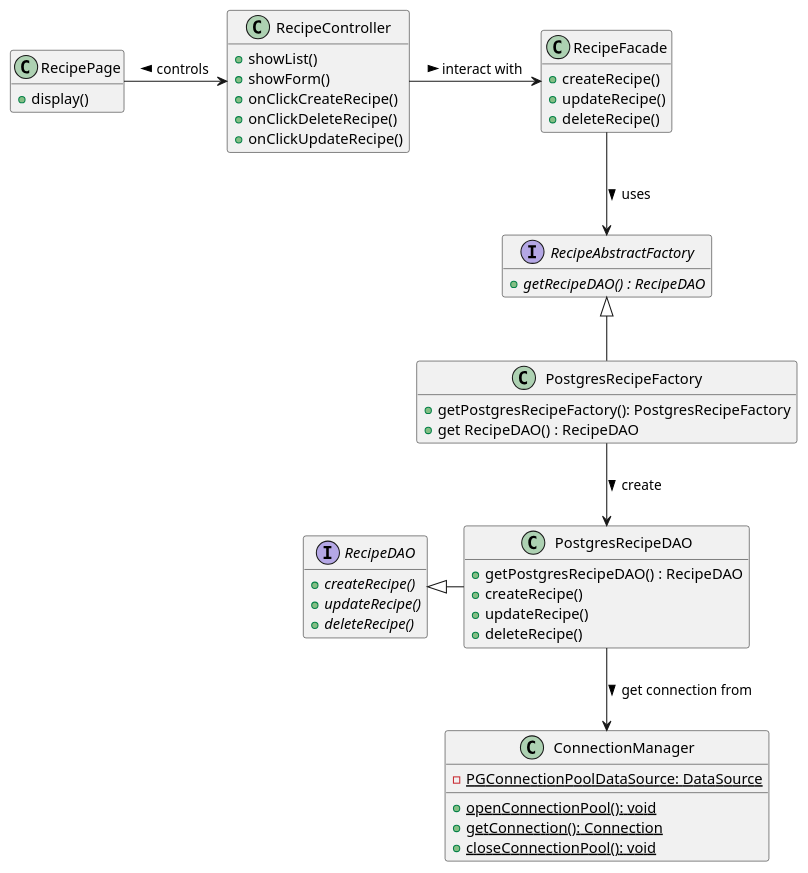
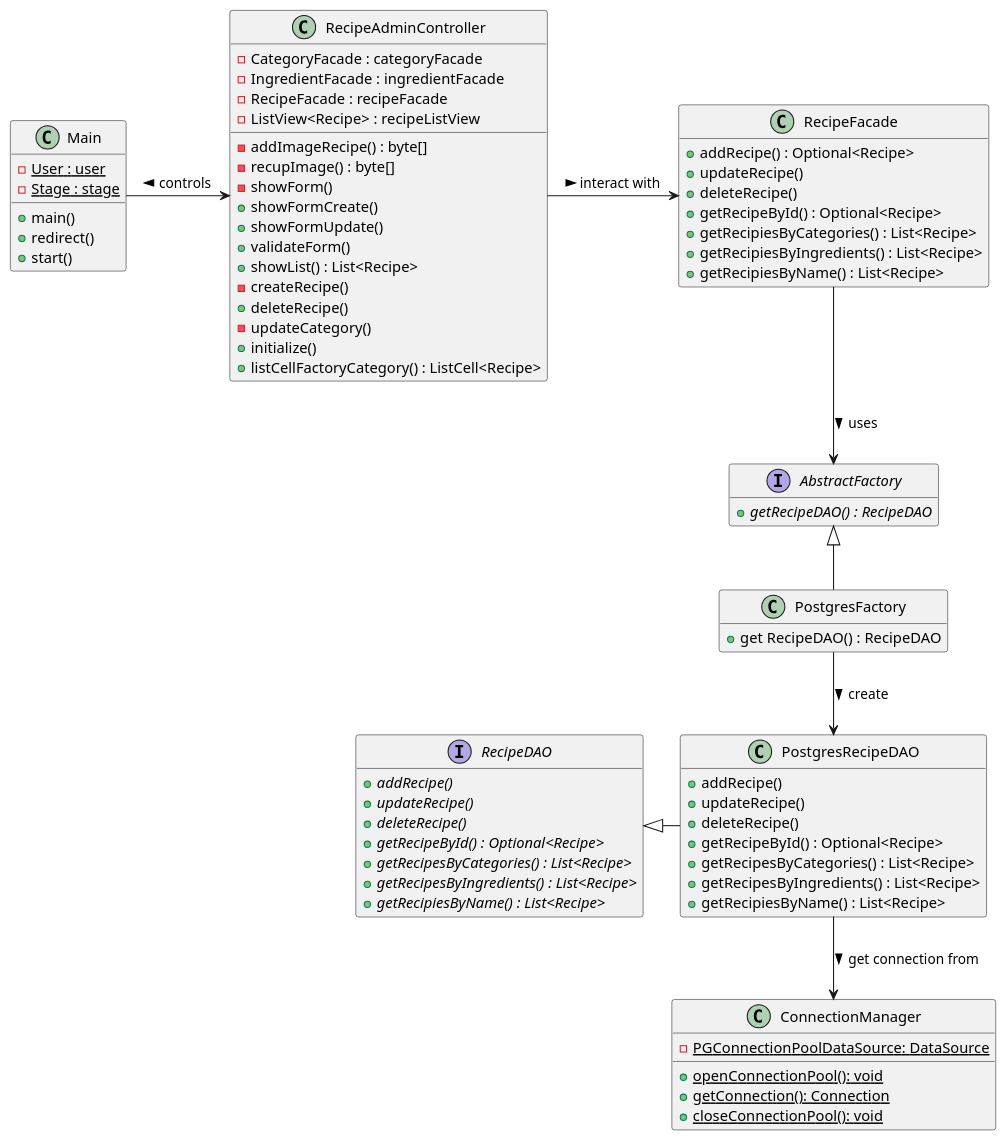
The diagram in doc/reports/prototype/plantuml/RecipeManagement/recipeClassDiagram.plantuml (iusildra/WineCellar), drawn with PlantUML before and after one commit. The commit also changed 3 other files, not shown here.

Commit message:
correctif imageView + diagramme class

```diff
--- a/doc/reports/prototype/plantuml/RecipeManagement/recipeClassDiagram.plantuml
+++ b/doc/reports/prototype/plantuml/RecipeManagement/recipeClassDiagram.plantuml
@@ -1,70 +1,96 @@
 @startuml recipeClassDiagram
 hide empty members
 
-class RecipePage {
-  + display()
+class Main {
+  - {static} User : user
+  - {static} Stage : stage
+  + main()
+  + redirect()
+  + start()
 }
 
-class RecipeController {
-  + showList()
-  + showForm()
-  + onClickCreateRecipe()
-  + onClickDeleteRecipe()
-  + onClickUpdateRecipe()
+class RecipeAdminController {
+  - CategoryFacade : categoryFacade
+  - IngredientFacade : ingredientFacade
+  - RecipeFacade : recipeFacade
+  - ListView<Recipe> : recipeListView
+  - addImageRecipe() : byte[]
+  - recupImage() : byte[]
+  - showForm()
+  + showFormCreate()
+  + showFormUpdate()
+  + validateForm()
+  + showList() : List<Recipe>
+  - createRecipe()
+  + deleteRecipe()
+  - updateCategory()
+  + initialize()
+  + listCellFactoryCategory() : ListCell<Recipe>
+
 }
 
 
 class RecipeFacade {
-  + createRecipe()
+  + addRecipe() : Optional<Recipe>
   + updateRecipe()
   + deleteRecipe()
+  + getRecipeById() : Optional<Recipe>
+  + getRecipiesByCategories() : List<Recipe>
+  + getRecipiesByIngredients() : List<Recipe>
+  + getRecipiesByName() : List<Recipe>
 }
 
 
-interface RecipeAbstractFactory {
+interface AbstractFactory {
   + {abstract} getRecipeDAO() : RecipeDAO
 
 }
 
 
-class PostgresRecipeFactory {
-  + getPostgresRecipeFactory(): PostgresRecipeFactory
+class PostgresFactory {
   + get RecipeDAO() : RecipeDAO
 }
 
 
 Interface RecipeDAO {
-  + {abstract} createRecipe()
+  + {abstract} addRecipe()
   + {abstract} updateRecipe()
   + {abstract} deleteRecipe()
+  + {abstract} getRecipeById() : Optional<Recipe>
+  + {abstract} getRecipesByCategories() : List<Recipe>
+  + {abstract} getRecipesByIngredients() : List<Recipe>
+  + {abstract} getRecipiesByName() : List<Recipe>
 }
 
 
 class PostgresRecipeDAO{
-  + getPostgresRecipeDAO() : RecipeDAO
-  + createRecipe()
+  + addRecipe()
   + updateRecipe()
   + deleteRecipe()
+  + getRecipeById() : Optional<Recipe>
+  + getRecipesByCategories() : List<Recipe>
+  + getRecipesByIngredients() : List<Recipe>
+  + getRecipiesByName() : List<Recipe>
 }
 
 
 class ConnectionManager {
   - {static} PGConnectionPoolDataSource: DataSource
   + {static} openConnectionPool(): void
   + {static} getConnection(): Connection
   + {static} closeConnectionPool(): void
 }
 
 
-PostgresRecipeFactory -u-|> RecipeAbstractFactory
+PostgresFactory       -u-|> AbstractFactory
 PostgresRecipeDAO     -l-|> RecipeDAO
 
-RecipePage            -r-> RecipeController: <  controls
-RecipeController      -r-> RecipeFacade: > interact with
-RecipeFacade          --> RecipeAbstractFactory: > uses
-PostgresRecipeFactory --> PostgresRecipeDAO: > create
+Main                  -r-> RecipeAdminController: <  controls
+RecipeAdminController -r-> RecipeFacade: > interact with
+RecipeFacade          --> AbstractFactory: > uses
+PostgresFactory       --> PostgresRecipeDAO: > create
 PostgresRecipeDAO     --> ConnectionManager: > get connection from
 
 
 
 @enduml
```
